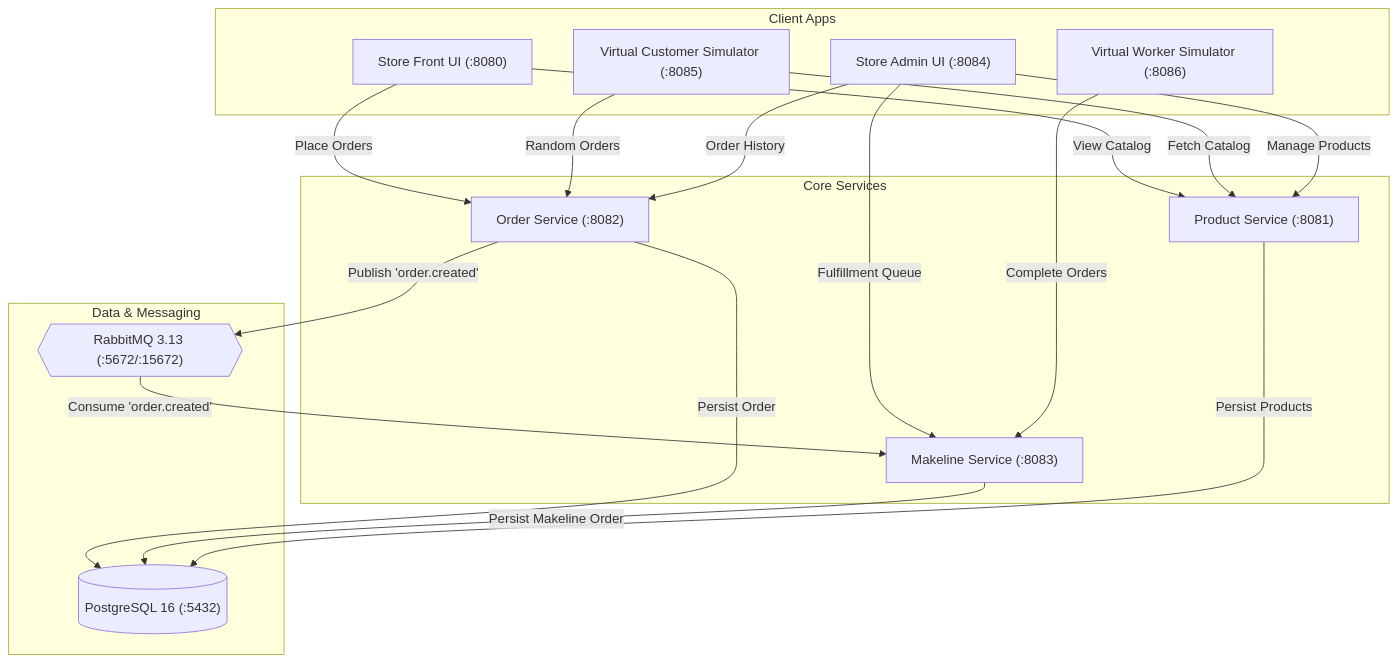
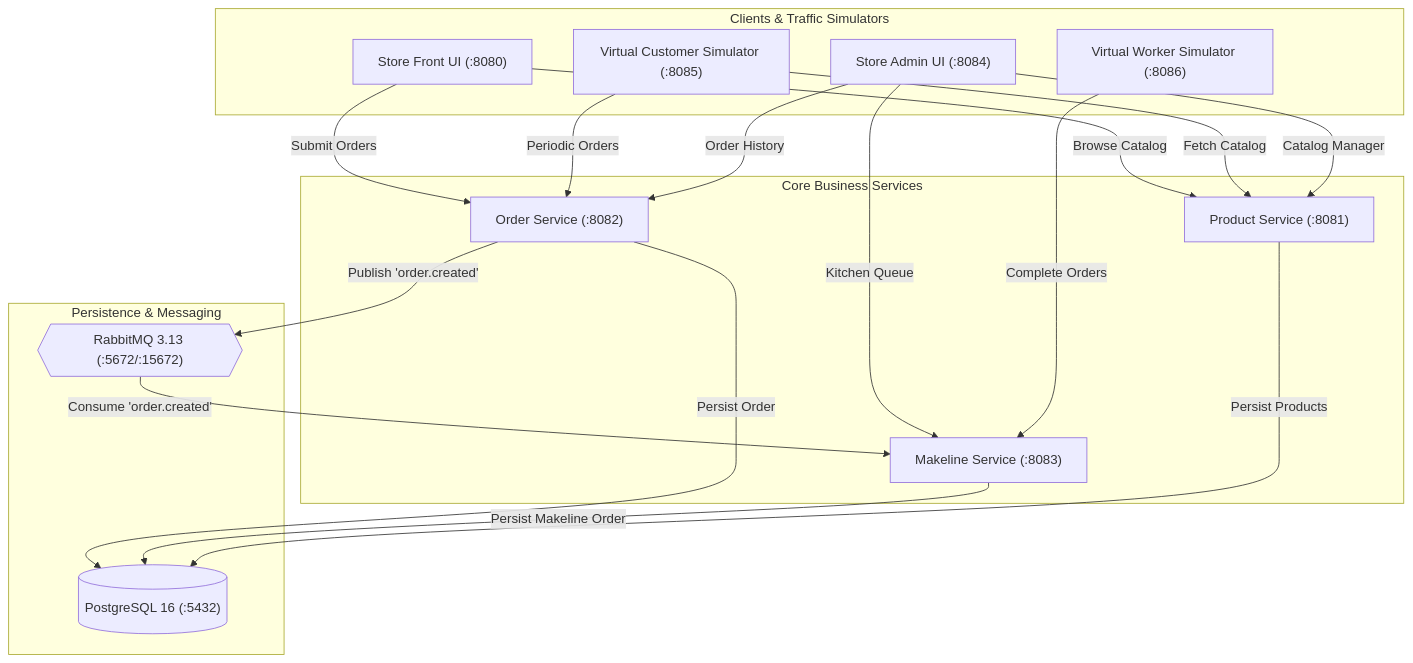
One commit to s4ravanan/pet-store changed the first of 2 diagrams in README.md. Above: the diagram before and after it, drawn with Mermaid. The commit also changed other lines of this file, not shown here.

Commit message:
docs: enrich README with architecture diagrams, parity matrix, ER diagram, and env config reference

````diff
--- a/README.md
+++ b/README.md
@@ -9,36 +9,36 @@
 ```mermaid
 flowchart TD
-    subgraph Client Apps
+    subgraph Clients & Traffic Simulators
         SF["Store Front UI (:8080)"]
         SA["Store Admin UI (:8084)"]
         VC["Virtual Customer Simulator (:8085)"]
         VW["Virtual Worker Simulator (:8086)"]
     end
 
-    subgraph Core Services
+    subgraph Core Business Services
         PS["Product Service (:8081)"]
         OS["Order Service (:8082)"]
         MS["Makeline Service (:8083)"]
     end
 
-    subgraph Data & Messaging
+    subgraph Persistence & Messaging
         PG[("PostgreSQL 16 (:5432)")]
         RMQ{{"RabbitMQ 3.13 (:5672/:15672)"}}
     end
 
-    SF -->|View Catalog| PS
-    SF -->|Place Orders| OS
-    VC -->|Random Orders| OS
+    SF -->|Browse Catalog| PS
+    SF -->|Submit Orders| OS
+    VC -->|Periodic Orders| OS
     VC -->|Fetch Catalog| PS
 
-    SA -->|Manage Products| PS
+    SA -->|Catalog Manager| PS
     SA -->|Order History| OS
-    SA -->|Fulfillment Queue| MS
+    SA -->|Kitchen Queue| MS
     VW -->|Complete Orders| MS
 
     OS -->|Persist Order| PG
     OS -->|Publish 'order.created'| RMQ
     RMQ -->|Consume 'order.created'| MS
     MS -->|Persist Makeline Order| PG
     PS -->|Persist Products| PG
 ```
````
